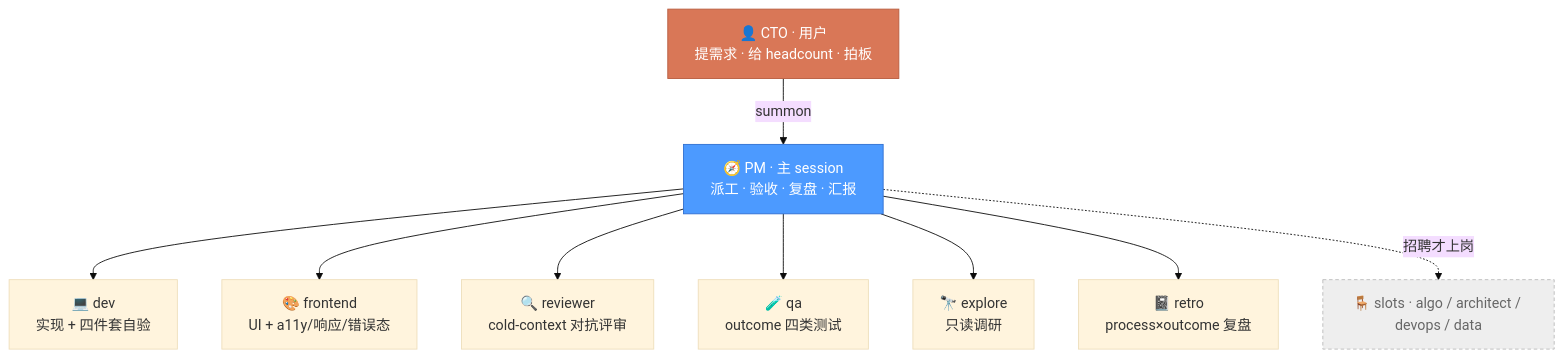
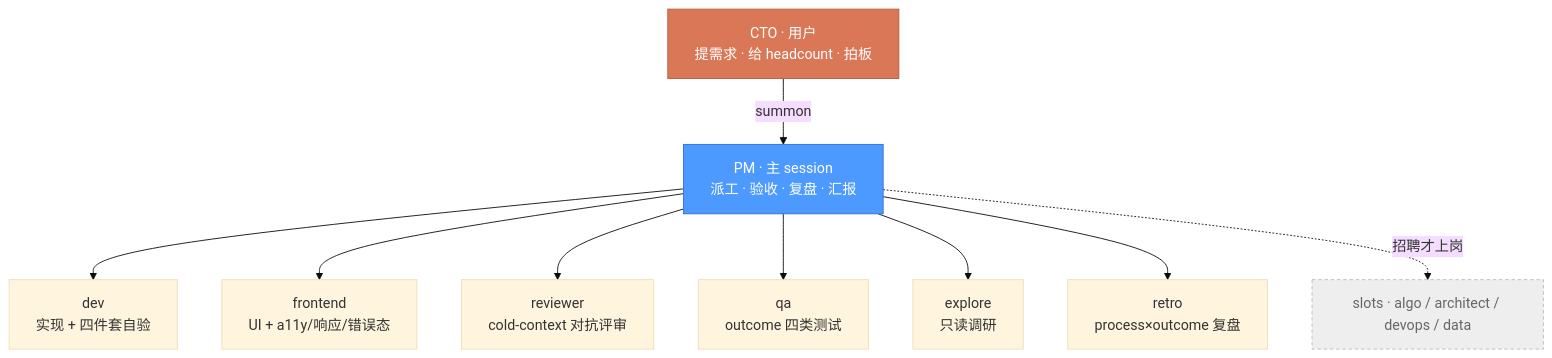
One commit to Colin131/kucai-agentic-orchestration changed the first of 2 diagrams in README.md. Above: the diagram before and after it, drawn with Mermaid (base theme). The commit also changed other lines of this file, not shown here.

````diff
--- a/README.md
+++ b/README.md
@@ -34,19 +34,19 @@
 ```mermaid
 flowchart TD
-    CTO["👤 CTO · 用户<br/>提需求 · 给 headcount · 拍板"]
-    PM["🧭 PM · 主 session<br/>派工 · 验收 · 复盘 · 汇报"]
+    CTO["CTO · 用户<br/>提需求 · 给 headcount · 拍板"]
+    PM["PM · 主 session<br/>派工 · 验收 · 复盘 · 汇报"]
     CTO -->|summon| PM
 
-    PM --> DEV["💻 dev<br/>实现 + 四件套自验"]
-    PM --> FE["🎨 frontend<br/>UI + a11y/响应/错误态"]
-    PM --> REV["🔍 reviewer<br/>cold-context 对抗评审"]
-    PM --> QA["🧪 qa<br/>outcome 四类测试"]
-    PM --> EXP["🔭 explore<br/>只读调研"]
-    PM --> RETRO["📓 retro<br/>process×outcome 复盘"]
+    PM --> DEV["dev<br/>实现 + 四件套自验"]
+    PM --> FE["frontend<br/>UI + a11y/响应/错误态"]
+    PM --> REV["reviewer<br/>cold-context 对抗评审"]
+    PM --> QA["qa<br/>outcome 四类测试"]
+    PM --> EXP["explore<br/>只读调研"]
+    PM --> RETRO["retro<br/>process×outcome 复盘"]
 
-    PM -.招聘才上岗.-> SLOTS["🪑 slots · algo / architect / devops / data"]
+    PM -.招聘才上岗.-> SLOTS["slots · algo / architect / devops / data"]
 
     style CTO fill:#D97757,color:#fff,stroke:#b85c3f
     style PM fill:#4C9AFF,color:#fff,stroke:#2f6fd1
     style SLOTS fill:#eee,color:#666,stroke:#bbb,stroke-dasharray:4 3
 ```
````
